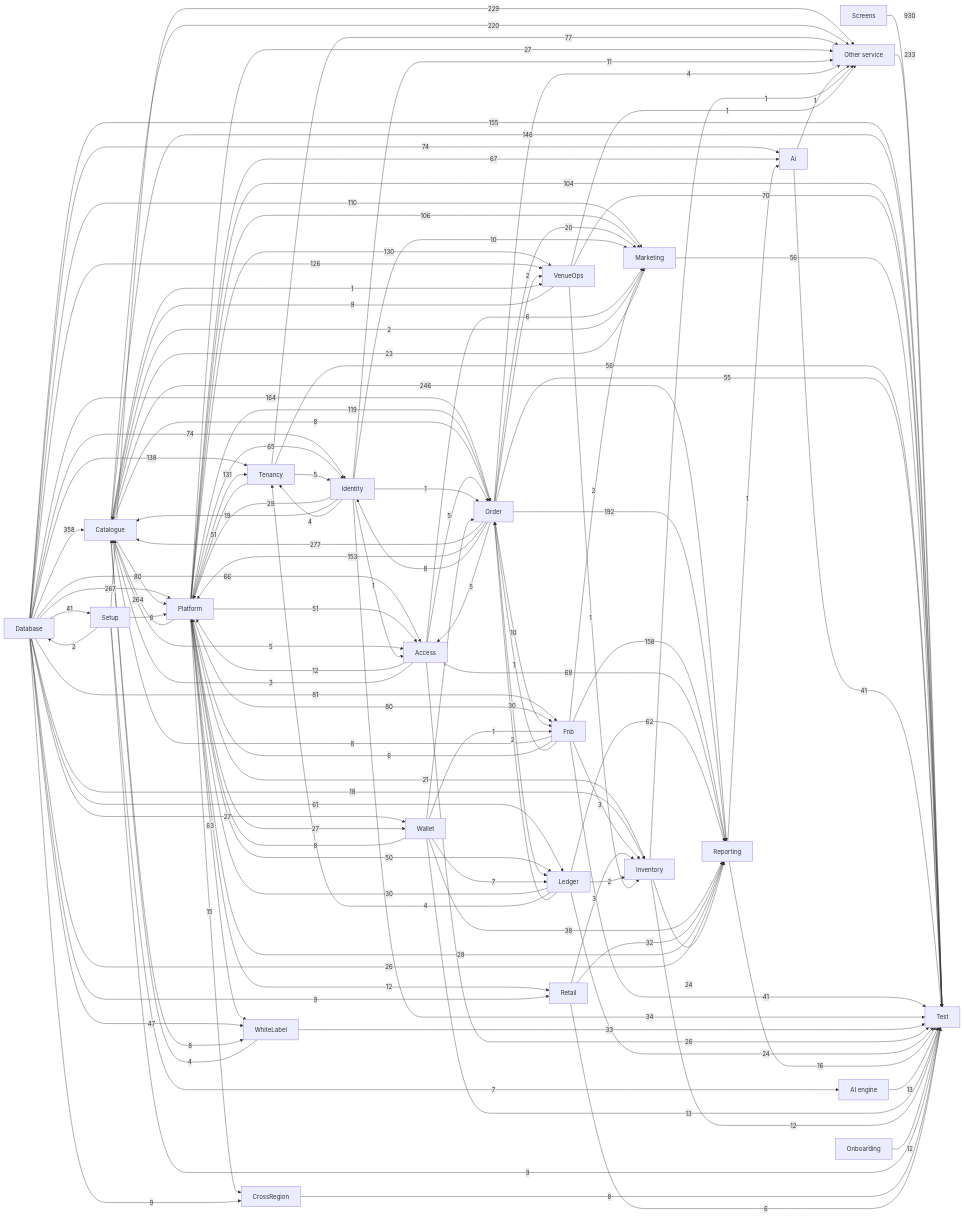
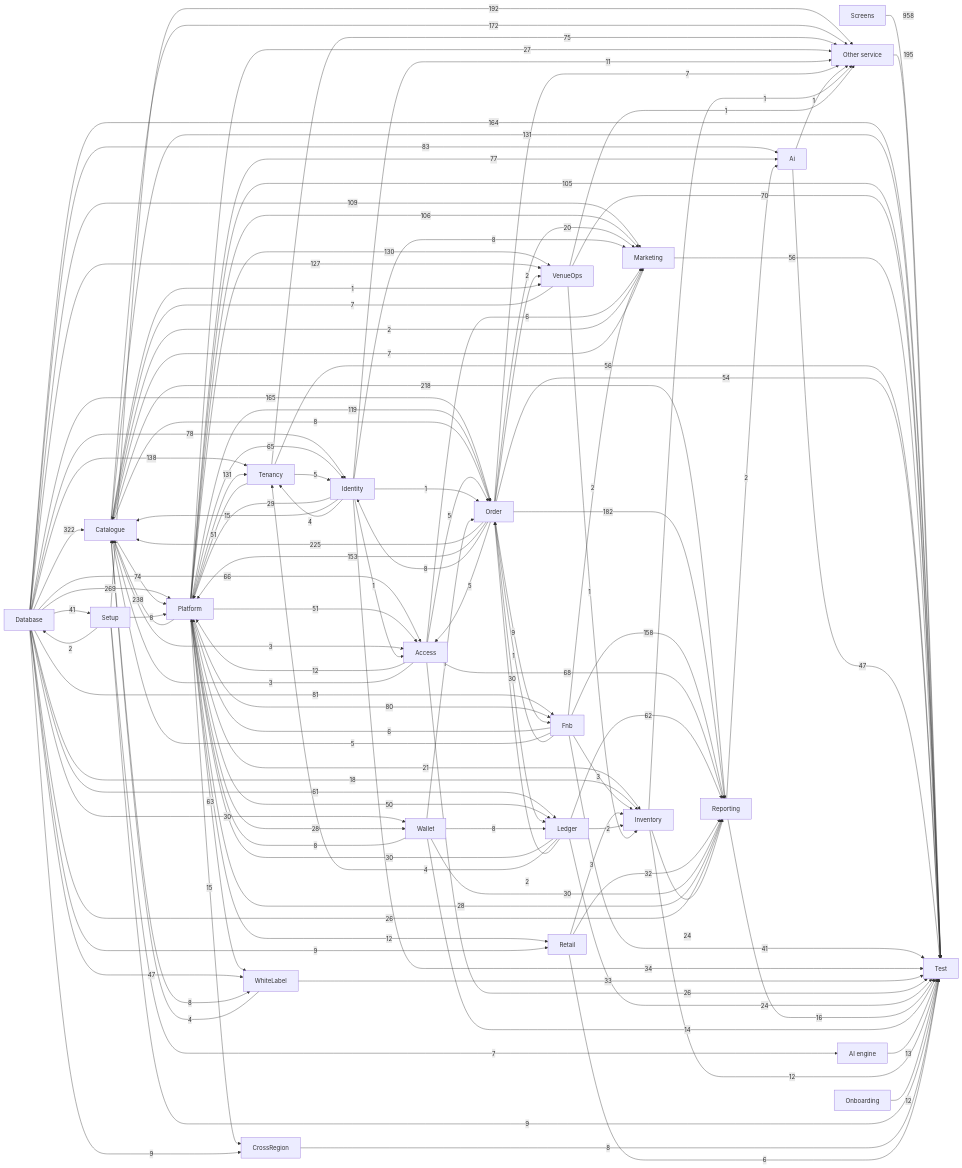
Before and after one commit to Diretide298/Solution_Architecture: the diagram in ticvai/repos/ticvai-docs/handoff/service-docs/TICKET-LINKS.md, drawn with Mermaid. The commit also changed other lines of this file and 10764 other files, not shown here.

````diff
--- a/ticvai/repos/ticvai-docs/handoff/service-docs/TICKET-LINKS.md
+++ b/ticvai/repos/ticvai-docs/handoff/service-docs/TICKET-LINKS.md
@@ -26,37 +26,37 @@
 ```mermaid
 flowchart LR
-  Screens["Screens"] -->|930| Test["Test"]
-  Database["Database"] -->|358| Catalogue["Catalogue"]
-  Order["Order"] -->|277| Catalogue["Catalogue"]
-  Database["Database"] -->|267| Platform["Platform"]
-  Platform["Platform"] -->|264| Catalogue["Catalogue"]
-  Catalogue["Catalogue"] -->|246| Reporting["Reporting"]
-  Other_service["Other service"] -->|233| Test["Test"]
-  Setup["Setup"] -->|229| Other_service["Other service"]
-  Catalogue["Catalogue"] -->|220| Other_service["Other service"]
-  Order["Order"] -->|192| Reporting["Reporting"]
-  Database["Database"] -->|164| Order["Order"]
+  Screens["Screens"] -->|958| Test["Test"]
+  Database["Database"] -->|322| Catalogue["Catalogue"]
+  Database["Database"] -->|269| Platform["Platform"]
+  Platform["Platform"] -->|238| Catalogue["Catalogue"]
+  Order["Order"] -->|225| Catalogue["Catalogue"]
+  Catalogue["Catalogue"] -->|218| Reporting["Reporting"]
+  Other_service["Other service"] -->|195| Test["Test"]
+  Setup["Setup"] -->|192| Other_service["Other service"]
+  Order["Order"] -->|182| Reporting["Reporting"]
+  Catalogue["Catalogue"] -->|172| Other_service["Other service"]
+  Database["Database"] -->|165| Order["Order"]
+  Database["Database"] -->|164| Test["Test"]
   Fnb["Fnb"] -->|158| Reporting["Reporting"]
-  Database["Database"] -->|155| Test["Test"]
   Order["Order"] -->|153| Platform["Platform"]
-  Catalogue["Catalogue"] -->|146| Test["Test"]
   Database["Database"] -->|138| Tenancy["Tenancy"]
+  Catalogue["Catalogue"] -->|131| Test["Test"]
   Platform["Platform"] -->|131| Tenancy["Tenancy"]
   Platform["Platform"] -->|130| VenueOps["VenueOps"]
-  Database["Database"] -->|126| VenueOps["VenueOps"]
+  Database["Database"] -->|127| VenueOps["VenueOps"]
   Platform["Platform"] -->|119| Order["Order"]
-  Database["Database"] -->|110| Marketing["Marketing"]
+  Database["Database"] -->|109| Marketing["Marketing"]
   Platform["Platform"] -->|106| Marketing["Marketing"]
-  Platform["Platform"] -->|104| Test["Test"]
+  Platform["Platform"] -->|105| Test["Test"]
+  Database["Database"] -->|83| Ai["Ai"]
   Database["Database"] -->|81| Fnb["Fnb"]
-  Catalogue["Catalogue"] -->|80| Platform["Platform"]
   Platform["Platform"] -->|80| Fnb["Fnb"]
-  Tenancy["Tenancy"] -->|77| Other_service["Other service"]
-  Database["Database"] -->|74| Ai["Ai"]
-  Database["Database"] -->|74| Identity["Identity"]
+  Database["Database"] -->|78| Identity["Identity"]
+  Platform["Platform"] -->|77| Ai["Ai"]
+  Tenancy["Tenancy"] -->|75| Other_service["Other service"]
+  Catalogue["Catalogue"] -->|74| Platform["Platform"]
   VenueOps["VenueOps"] -->|70| Test["Test"]
   Access["Access"] -->|68| Reporting["Reporting"]
-  Platform["Platform"] -->|67| Ai["Ai"]
   Database["Database"] -->|66| Access["Access"]
   Platform["Platform"] -->|65| Identity["Identity"]
   Platform["Platform"] -->|63| WhiteLabel["WhiteLabel"]
@@ -64,70 +64,70 @@
   Database["Database"] -->|61| Ledger["Ledger"]
   Marketing["Marketing"] -->|56| Test["Test"]
   Tenancy["Tenancy"] -->|56| Test["Test"]
-  Order["Order"] -->|55| Test["Test"]
+  Order["Order"] -->|54| Test["Test"]
   Platform["Platform"] -->|51| Access["Access"]
   Tenancy["Tenancy"] -->|51| Platform["Platform"]
   Platform["Platform"] -->|50| Ledger["Ledger"]
+  Ai["Ai"] -->|47| Test["Test"]
   Database["Database"] -->|47| WhiteLabel["WhiteLabel"]
-  Ai["Ai"] -->|41| Test["Test"]
   Database["Database"] -->|41| Setup["Setup"]
   Fnb["Fnb"] -->|41| Test["Test"]
-  Wallet["Wallet"] -->|38| Reporting["Reporting"]
   Identity["Identity"] -->|34| Test["Test"]
   WhiteLabel["WhiteLabel"] -->|33| Test["Test"]
   Retail["Retail"] -->|32| Reporting["Reporting"]
+  Database["Database"] -->|30| Wallet["Wallet"]
   Ledger["Ledger"] -->|30| Platform["Platform"]
   Order["Order"] -->|30| Ledger["Ledger"]
+  Wallet["Wallet"] -->|30| Reporting["Reporting"]
   Identity["Identity"] -->|29| Platform["Platform"]
   Platform["Platform"] -->|28| Reporting["Reporting"]
-  Database["Database"] -->|27| Wallet["Wallet"]
+  Platform["Platform"] -->|28| Wallet["Wallet"]
   Platform["Platform"] -->|27| Other_service["Other service"]
-  Platform["Platform"] -->|27| Wallet["Wallet"]
   Access["Access"] -->|26| Test["Test"]
   Database["Database"] -->|26| Reporting["Reporting"]
   Inventory["Inventory"] -->|24| Reporting["Reporting"]
   Ledger["Ledger"] -->|24| Test["Test"]
-  Marketing["Marketing"] -->|23| Catalogue["Catalogue"]
   Platform["Platform"] -->|21| Inventory["Inventory"]
   Order["Order"] -->|20| Marketing["Marketing"]
-  Identity["Identity"] -->|19| Catalogue["Catalogue"]
   Database["Database"] -->|18| Inventory["Inventory"]
   Reporting["Reporting"] -->|16| Test["Test"]
+  Identity["Identity"] -->|15| Catalogue["Catalogue"]
   Platform["Platform"] -->|15| CrossRegion["CrossRegion"]
+  Wallet["Wallet"] -->|14| Test["Test"]
   AI_engine["AI engine"] -->|13| Test["Test"]
-  Wallet["Wallet"] -->|13| Test["Test"]
   Access["Access"] -->|12| Platform["Platform"]
   Inventory["Inventory"] -->|12| Test["Test"]
   Onboarding["Onboarding"] -->|12| Test["Test"]
   Platform["Platform"] -->|12| Retail["Retail"]
   Identity["Identity"] -->|11| Other_service["Other service"]
-  Identity["Identity"] -->|10| Marketing["Marketing"]
-  Order["Order"] -->|10| Fnb["Fnb"]
   Database["Database"] -->|9| CrossRegion["CrossRegion"]
   Database["Database"] -->|9| Retail["Retail"]
+  Order["Order"] -->|9| Fnb["Fnb"]
   Setup["Setup"] -->|9| Test["Test"]
-  VenueOps["VenueOps"] -->|9| Catalogue["Catalogue"]
   Catalogue["Catalogue"] -->|8| Order["Order"]
   Catalogue["Catalogue"] -->|8| WhiteLabel["WhiteLabel"]
   CrossRegion["CrossRegion"] -->|8| Test["Test"]
-  Fnb["Fnb"] -->|8| Catalogue["Catalogue"]
+  Identity["Identity"] -->|8| Marketing["Marketing"]
   Order["Order"] -->|8| Identity["Identity"]
   Setup["Setup"] -->|8| Platform["Platform"]
+  Wallet["Wallet"] -->|8| Ledger["Ledger"]
   Wallet["Wallet"] -->|8| Platform["Platform"]
+  Marketing["Marketing"] -->|7| Catalogue["Catalogue"]
+  Order["Order"] -->|7| Other_service["Other service"]
   Setup["Setup"] -->|7| AI_engine["AI engine"]
-  Wallet["Wallet"] -->|7| Ledger["Ledger"]
+  VenueOps["VenueOps"] -->|7| Catalogue["Catalogue"]
   Access["Access"] -->|6| Marketing["Marketing"]
   Fnb["Fnb"] -->|6| Platform["Platform"]
   Retail["Retail"] -->|6| Test["Test"]
   Access["Access"] -->|5| Order["Order"]
-  Catalogue["Catalogue"] -->|5| Access["Access"]
+  Fnb["Fnb"] -->|5| Catalogue["Catalogue"]
   Order["Order"] -->|5| Access["Access"]
   Tenancy["Tenancy"] -->|5| Identity["Identity"]
   Identity["Identity"] -->|4| Tenancy["Tenancy"]
   Ledger["Ledger"] -->|4| Tenancy["Tenancy"]
-  Order["Order"] -->|4| Other_service["Other service"]
   WhiteLabel["WhiteLabel"] -->|4| Catalogue["Catalogue"]
   Access["Access"] -->|3| Catalogue["Catalogue"]
+  Catalogue["Catalogue"] -->|3| Access["Access"]
   Fnb["Fnb"] -->|3| Inventory["Inventory"]
   Retail["Retail"] -->|3| Inventory["Inventory"]
   Catalogue["Catalogue"] -->|2| Marketing["Marketing"]
@@ -135,6 +135,7 @@
   Ledger["Ledger"] -->|2| Inventory["Inventory"]
   Ledger["Ledger"] -->|2| Order["Order"]
   Order["Order"] -->|2| VenueOps["VenueOps"]
+  Reporting["Reporting"] -->|2| Ai["Ai"]
   Setup["Setup"] -->|2| Database["Database"]
   Ai["Ai"] -->|1| Other_service["Other service"]
   Catalogue["Catalogue"] -->|1| VenueOps["VenueOps"]
@@ -142,9 +143,7 @@
   Identity["Identity"] -->|1| Access["Access"]
   Identity["Identity"] -->|1| Order["Order"]
   Inventory["Inventory"] -->|1| Other_service["Other service"]
-  Reporting["Reporting"] -->|1| Ai["Ai"]
   VenueOps["VenueOps"] -->|1| Inventory["Inventory"]
   VenueOps["VenueOps"] -->|1| Other_service["Other service"]
-  Wallet["Wallet"] -->|1| Fnb["Fnb"]
   Wallet["Wallet"] -->|1| Order["Order"]
 ```
````
